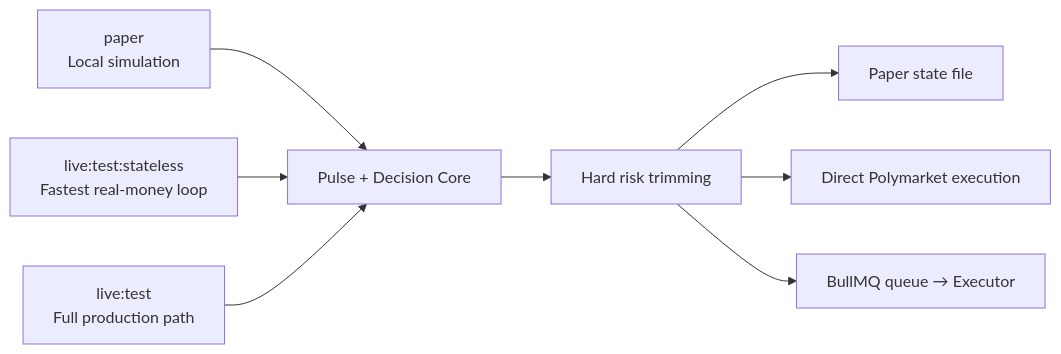
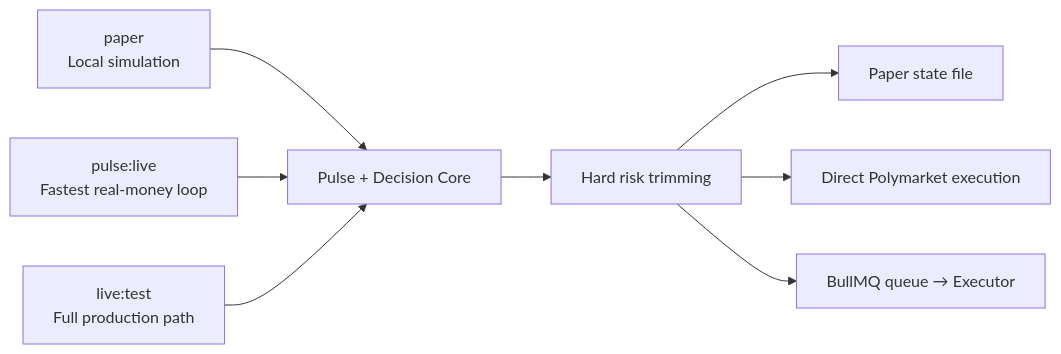
Before and after one commit to Alchemist-X/hourglass: the diagram in README.en.md, drawn with Mermaid. The commit also changed other lines of this file and 39 other files, not shown here.

Commit message:
refactor: rename live:test:stateless to pulse:live across all docs and code

````diff
--- a/README.en.md
+++ b/README.en.md
@@ -111,11 +111,11 @@
 ```mermaid
 flowchart LR
   paper["paper\nLocal simulation"] --> core["Pulse + Decision Core"]
-  stateless["live:test:stateless\nFastest real-money loop"] --> core
+  stateless["pulse:live\nFastest real-money loop"] --> core
   stateful["live:test\nFull production path"] --> core
 
   core --> risk["Hard risk trimming"]
   risk --> out1["Paper state file"]
   risk --> out2["Direct Polymarket execution"]
   risk --> out3["BullMQ queue → Executor"]
 ```
````
